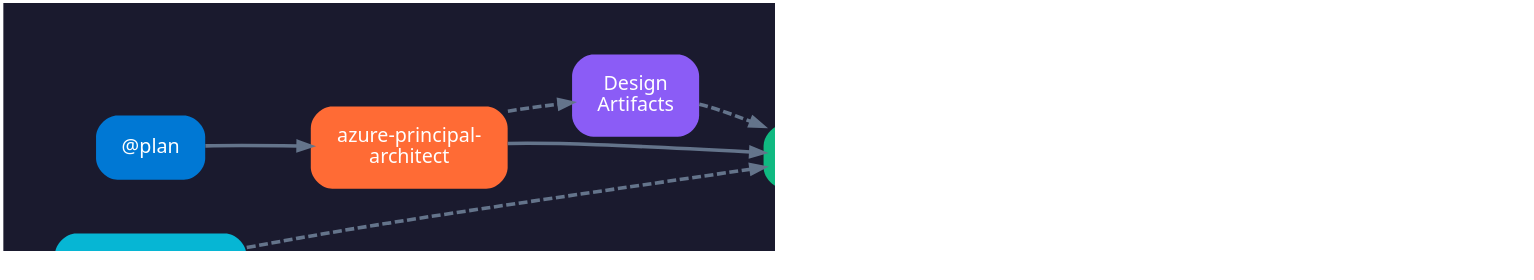
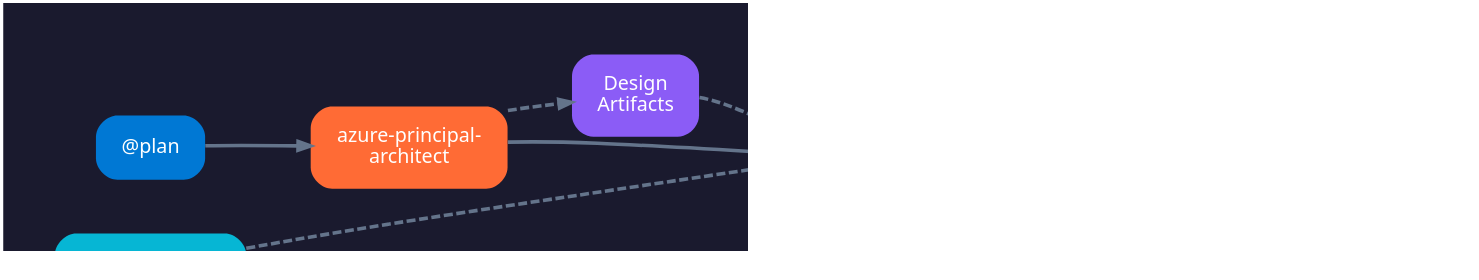
Before and after one commit to SmitaCnovate/azure-agentic-infraops: the diagram in docs/_superseded/diagrams/workflow/workflow_simple.dot, drawn with Graphviz. The commit also changed 102 other files, not shown here.

```diff
--- a/docs/_superseded/diagrams/workflow/workflow_simple.dot
+++ b/docs/_superseded/diagrams/workflow/workflow_simple.dot
@@ -1,60 +1,60 @@
 
 digraph SimpleWorkflow {
     graph [
         bgcolor="#1a1a2e"
         fontcolor="white"
         fontname="Segoe UI"
         pad="0.4"
         splines="curved"
         nodesep="0.4"
         ranksep="0.5"
         rankdir="LR"
         dpi="150"
     ]
     
     node [
         fontname="Segoe UI"
         fontsize="11"
         fontcolor="white"
         style="filled,rounded"
         shape="box"
         penwidth="0"
         margin="0.2,0.15"
     ]
     
     edge [
         color="#64748b"
         fontcolor="#94a3b8"
         fontname="Segoe UI"
         fontsize="9"
         penwidth="2"
         arrowsize="0.7"
     ]
     
     // Main 7-step workflow nodes
     plan [label="@plan" fillcolor="#0078D4"]
     architect [label="azure-principal-\narchitect" fillcolor="#FF6B35"]
     design_artifacts [label="Design\nArtifacts" fillcolor="#8b5cf6" style="filled,rounded,dashed"]
     bicep_plan [label="bicep-plan" fillcolor="#10b981"]
-    bicep_implement [label="bicep-implement" fillcolor="#ec4899"]
+    bicep_implement [label="bicep-code" fillcolor="#ec4899"]
     deploy [label="Deploy" fillcolor="#f4722b"]
     asbuilt_artifacts [label="As-Built\nArtifacts" fillcolor="#06b6d4" style="filled,rounded,dashed"]
     
     // Governance indicator
     governance [label="🔒 Governance" fillcolor="#06b6d4"]
     
     // Main flow
     plan -> architect
     architect -> design_artifacts [style="dashed"]
     architect -> bicep_plan
     design_artifacts -> bicep_plan [style="dashed"]
     bicep_plan -> bicep_implement
     bicep_implement -> deploy
     deploy -> asbuilt_artifacts [style="dashed"]
     
     // Governance connection
     governance -> bicep_plan [style="dashed" constraint="false"]
     
     // Layout hints
     {rank=same; governance}
 }
```
